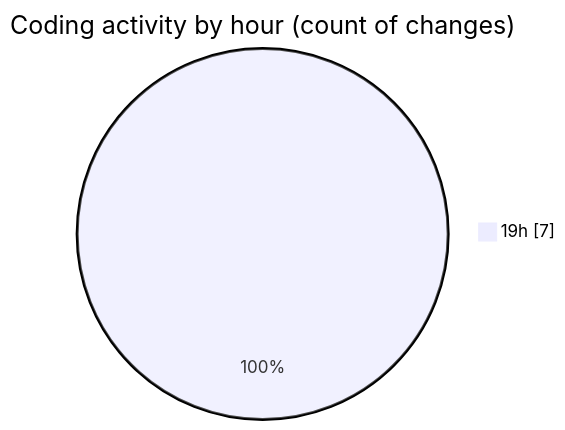
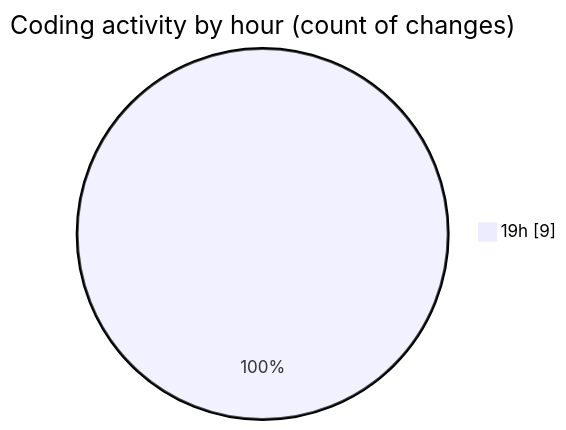
Before and after one commit to lephambinh05/code-tracking: the second of 2 diagrams in 2025-07-15/eduwallet-main/README.md, drawn with Mermaid. The commit also changed other lines of this file and 1 other file, not shown here.

````diff
--- a/2025-07-15/eduwallet-main/README.md
+++ b/2025-07-15/eduwallet-main/README.md
@@ -35,5 +37,5 @@
 ```mermaid
 pie showData
 title Coding activity by hour (count of changes)
-"19h" : 7
+"19h" : 9
 ```
````
